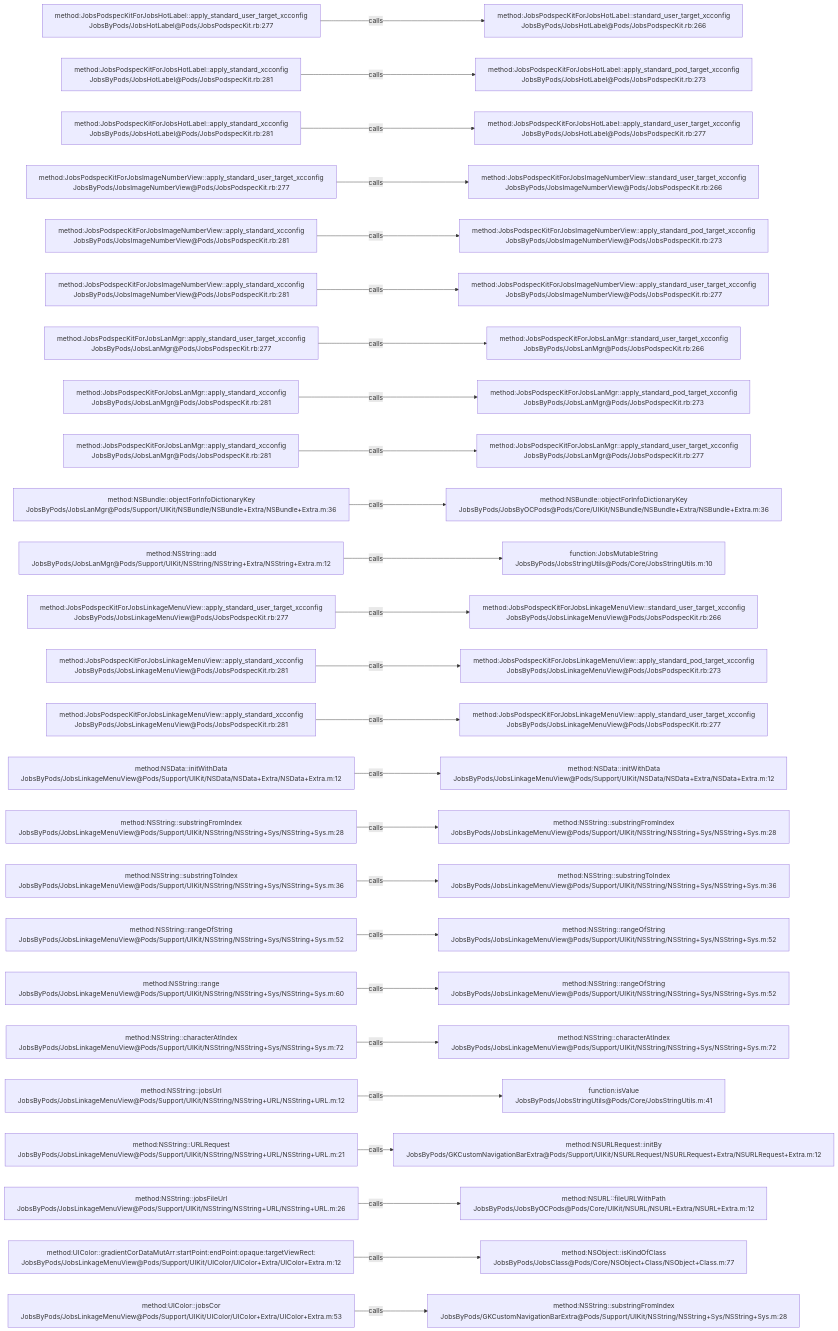
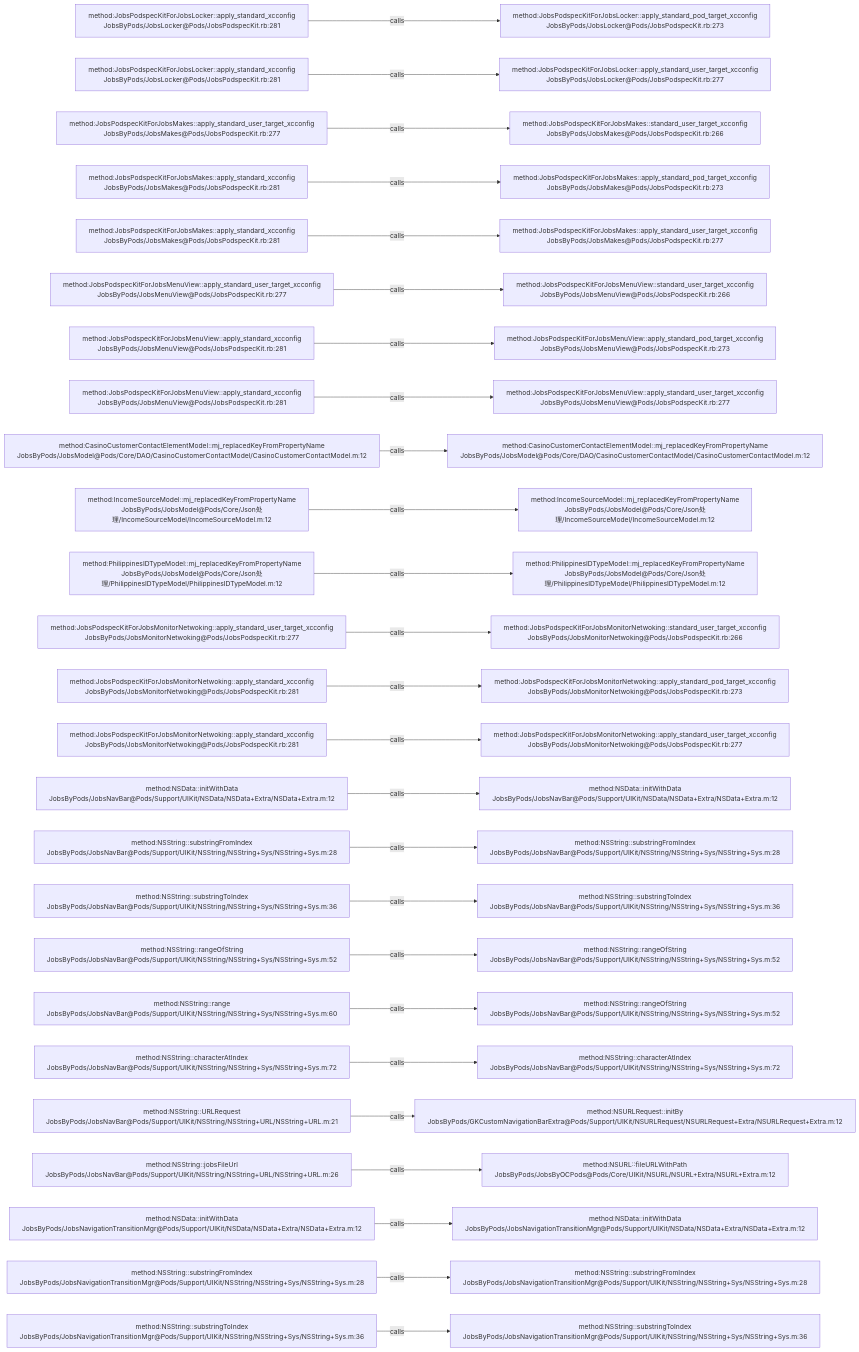
The diagram in .codegraph/codegraph.md/graphs/calls-010.md (JobsKits/JobsOCBaseConfigDemo), drawn with Mermaid before and after one commit. The commit also changed 1353 other files, not shown here.

````diff
--- a/.codegraph/codegraph.md/graphs/calls-010.md
+++ b/.codegraph/codegraph.md/graphs/calls-010.md
@@ -13,78 +13,78 @@
 ```mermaid
 flowchart LR
-  S1["method:JobsPodspecKitForJobsHotLabel::apply_standard_user_target_xcconfig<br/>JobsByPods/JobsHotLabel@Pods/JobsPodspecKit.rb:277"]
-  T1["method:JobsPodspecKitForJobsHotLabel::standard_user_target_xcconfig<br/>JobsByPods/JobsHotLabel@Pods/JobsPodspecKit.rb:266"]
+  S1["method:JobsPodspecKitForJobsLocker::apply_standard_xcconfig<br/>JobsByPods/JobsLocker@Pods/JobsPodspecKit.rb:281"]
+  T1["method:JobsPodspecKitForJobsLocker::apply_standard_pod_target_xcconfig<br/>JobsByPods/JobsLocker@Pods/JobsPodspecKit.rb:273"]
   S1 -->|calls| T1
-  S2["method:JobsPodspecKitForJobsHotLabel::apply_standard_xcconfig<br/>JobsByPods/JobsHotLabel@Pods/JobsPodspecKit.rb:281"]
-  T2["method:JobsPodspecKitForJobsHotLabel::apply_standard_pod_target_xcconfig<br/>JobsByPods/JobsHotLabel@Pods/JobsPodspecKit.rb:273"]
+  S2["method:JobsPodspecKitForJobsLocker::apply_standard_xcconfig<br/>JobsByPods/JobsLocker@Pods/JobsPodspecKit.rb:281"]
+  T2["method:JobsPodspecKitForJobsLocker::apply_standard_user_target_xcconfig<br/>JobsByPods/JobsLocker@Pods/JobsPodspecKit.rb:277"]
   S2 -->|calls| T2
-  S3["method:JobsPodspecKitForJobsHotLabel::apply_standard_xcconfig<br/>JobsByPods/JobsHotLabel@Pods/JobsPodspecKit.rb:281"]
-  T3["method:JobsPodspecKitForJobsHotLabel::apply_standard_user_target_xcconfig<br/>JobsByPods/JobsHotLabel@Pods/JobsPodspecKit.rb:277"]
+  S3["method:JobsPodspecKitForJobsMakes::apply_standard_user_target_xcconfig<br/>JobsByPods/JobsMakes@Pods/JobsPodspecKit.rb:277"]
+  T3["method:JobsPodspecKitForJobsMakes::standard_user_target_xcconfig<br/>JobsByPods/JobsMakes@Pods/JobsPodspecKit.rb:266"]
   S3 -->|calls| T3
-  S4["method:JobsPodspecKitForJobsImageNumberView::apply_standard_user_target_xcconfig<br/>JobsByPods/JobsImageNumberView@Pods/JobsPodspecKit.rb:277"]
-  T4["method:JobsPodspecKitForJobsImageNumberView::standard_user_target_xcconfig<br/>JobsByPods/JobsImageNumberView@Pods/JobsPodspecKit.rb:266"]
+  S4["method:JobsPodspecKitForJobsMakes::apply_standard_xcconfig<br/>JobsByPods/JobsMakes@Pods/JobsPodspecKit.rb:281"]
+  T4["method:JobsPodspecKitForJobsMakes::apply_standard_pod_target_xcconfig<br/>JobsByPods/JobsMakes@Pods/JobsPodspecKit.rb:273"]
   S4 -->|calls| T4
-  S5["method:JobsPodspecKitForJobsImageNumberView::apply_standard_xcconfig<br/>JobsByPods/JobsImageNumberView@Pods/JobsPodspecKit.rb:281"]
-  T5["method:JobsPodspecKitForJobsImageNumberView::apply_standard_pod_target_xcconfig<br/>JobsByPods/JobsImageNumberView@Pods/JobsPodspecKit.rb:273"]
+  S5["method:JobsPodspecKitForJobsMakes::apply_standard_xcconfig<br/>JobsByPods/JobsMakes@Pods/JobsPodspecKit.rb:281"]
+  T5["method:JobsPodspecKitForJobsMakes::apply_standard_user_target_xcconfig<br/>JobsByPods/JobsMakes@Pods/JobsPodspecKit.rb:277"]
   S5 -->|calls| T5
-  S6["method:JobsPodspecKitForJobsImageNumberView::apply_standard_xcconfig<br/>JobsByPods/JobsImageNumberView@Pods/JobsPodspecKit.rb:281"]
-  T6["method:JobsPodspecKitForJobsImageNumberView::apply_standard_user_target_xcconfig<br/>JobsByPods/JobsImageNumberView@Pods/JobsPodspecKit.rb:277"]
+  S6["method:JobsPodspecKitForJobsMenuView::apply_standard_user_target_xcconfig<br/>JobsByPods/JobsMenuView@Pods/JobsPodspecKit.rb:277"]
+  T6["method:JobsPodspecKitForJobsMenuView::standard_user_target_xcconfig<br/>JobsByPods/JobsMenuView@Pods/JobsPodspecKit.rb:266"]
   S6 -->|calls| T6
-  S7["method:JobsPodspecKitForJobsLanMgr::apply_standard_user_target_xcconfig<br/>JobsByPods/JobsLanMgr@Pods/JobsPodspecKit.rb:277"]
-  T7["method:JobsPodspecKitForJobsLanMgr::standard_user_target_xcconfig<br/>JobsByPods/JobsLanMgr@Pods/JobsPodspecKit.rb:266"]
+  S7["method:JobsPodspecKitForJobsMenuView::apply_standard_xcconfig<br/>JobsByPods/JobsMenuView@Pods/JobsPodspecKit.rb:281"]
+  T7["method:JobsPodspecKitForJobsMenuView::apply_standard_pod_target_xcconfig<br/>JobsByPods/JobsMenuView@Pods/JobsPodspecKit.rb:273"]
   S7 -->|calls| T7
-  S8["method:JobsPodspecKitForJobsLanMgr::apply_standard_xcconfig<br/>JobsByPods/JobsLanMgr@Pods/JobsPodspecKit.rb:281"]
-  T8["method:JobsPodspecKitForJobsLanMgr::apply_standard_pod_target_xcconfig<br/>JobsByPods/JobsLanMgr@Pods/JobsPodspecKit.rb:273"]
+  S8["method:JobsPodspecKitForJobsMenuView::apply_standard_xcconfig<br/>JobsByPods/JobsMenuView@Pods/JobsPodspecKit.rb:281"]
+  T8["method:JobsPodspecKitForJobsMenuView::apply_standard_user_target_xcconfig<br/>JobsByPods/JobsMenuView@Pods/JobsPodspecKit.rb:277"]
   S8 -->|calls| T8
-  S9["method:JobsPodspecKitForJobsLanMgr::apply_standard_xcconfig<br/>JobsByPods/JobsLanMgr@Pods/JobsPodspecKit.rb:281"]
-  T9["method:JobsPodspecKitForJobsLanMgr::apply_standard_user_target_xcconfig<br/>JobsByPods/JobsLanMgr@Pods/JobsPodspecKit.rb:277"]
+  S9["method:CasinoCustomerContactElementModel::mj_replacedKeyFromPropertyName<br/>JobsByPods/JobsModel@Pods/Core/DAO/CasinoCustomerContactModel/CasinoCustomerContactModel.m:12"]
+  T9["method:CasinoCustomerContactElementModel::mj_replacedKeyFromPropertyName<br/>JobsByPods/JobsModel@Pods/Core/DAO/CasinoCustomerContactModel/CasinoCustomerContactModel.m:12"]
   S9 -->|calls| T9
-  S10["method:NSBundle::objectForInfoDictionaryKey<br/>JobsByPods/JobsLanMgr@Pods/Support/UIKit/NSBundle/NSBundle+Extra/NSBundle+Extra.m:36"]
-  T10["method:NSBundle::objectForInfoDictionaryKey<br/>JobsByPods/JobsByOCPods@Pods/Core/UIKit/NSBundle/NSBundle+Extra/NSBundle+Extra.m:36"]
+  S10["method:IncomeSourceModel::mj_replacedKeyFromPropertyName<br/>JobsByPods/JobsModel@Pods/Core/Json处理/IncomeSourceModel/IncomeSourceModel.m:12"]
+  T10["method:IncomeSourceModel::mj_replacedKeyFromPropertyName<br/>JobsByPods/JobsModel@Pods/Core/Json处理/IncomeSourceModel/IncomeSourceModel.m:12"]
   S10 -->|calls| T10
-  S11["method:NSString::add<br/>JobsByPods/JobsLanMgr@Pods/Support/UIKit/NSString/NSString+Extra/NSString+Extra.m:12"]
-  T11["function:JobsMutableString<br/>JobsByPods/JobsStringUtils@Pods/Core/JobsStringUtils.m:10"]
+  S11["method:PhilippinesIDTypeModel::mj_replacedKeyFromPropertyName<br/>JobsByPods/JobsModel@Pods/Core/Json处理/PhilippinesIDTypeModel/PhilippinesIDTypeModel.m:12"]
+  T11["method:PhilippinesIDTypeModel::mj_replacedKeyFromPropertyName<br/>JobsByPods/JobsModel@Pods/Core/Json处理/PhilippinesIDTypeModel/PhilippinesIDTypeModel.m:12"]
   S11 -->|calls| T11
-  S12["method:JobsPodspecKitForJobsLinkageMenuView::apply_standard_user_target_xcconfig<br/>JobsByPods/JobsLinkageMenuView@Pods/JobsPodspecKit.rb:277"]
-  T12["method:JobsPodspecKitForJobsLinkageMenuView::standard_user_target_xcconfig<br/>JobsByPods/JobsLinkageMenuView@Pods/JobsPodspecKit.rb:266"]
+  S12["method:JobsPodspecKitForJobsMonitorNetwoking::apply_standard_user_target_xcconfig<br/>JobsByPods/JobsMonitorNetwoking@Pods/JobsPodspecKit.rb:277"]
+  T12["method:JobsPodspecKitForJobsMonitorNetwoking::standard_user_target_xcconfig<br/>JobsByPods/JobsMonitorNetwoking@Pods/JobsPodspecKit.rb:266"]
   S12 -->|calls| T12
-  S13["method:JobsPodspecKitForJobsLinkageMenuView::apply_standard_xcconfig<br/>JobsByPods/JobsLinkageMenuView@Pods/JobsPodspecKit.rb:281"]
-  T13["method:JobsPodspecKitForJobsLinkageMenuView::apply_standard_pod_target_xcconfig<br/>JobsByPods/JobsLinkageMenuView@Pods/JobsPodspecKit.rb:273"]
+  S13["method:JobsPodspecKitForJobsMonitorNetwoking::apply_standard_xcconfig<br/>JobsByPods/JobsMonitorNetwoking@Pods/JobsPodspecKit.rb:281"]
+  T13["method:JobsPodspecKitForJobsMonitorNetwoking::apply_standard_pod_target_xcconfig<br/>JobsByPods/JobsMonitorNetwoking@Pods/JobsPodspecKit.rb:273"]
   S13 -->|calls| T13
-  S14["method:JobsPodspecKitForJobsLinkageMenuView::apply_standard_xcconfig<br/>JobsByPods/JobsLinkageMenuView@Pods/JobsPodspecKit.rb:281"]
-  T14["method:JobsPodspecKitForJobsLinkageMenuView::apply_standard_user_target_xcconfig<br/>JobsByPods/JobsLinkageMenuView@Pods/JobsPodspecKit.rb:277"]
+  S14["method:JobsPodspecKitForJobsMonitorNetwoking::apply_standard_xcconfig<br/>JobsByPods/JobsMonitorNetwoking@Pods/JobsPodspecKit.rb:281"]
+  T14["method:JobsPodspecKitForJobsMonitorNetwoking::apply_standard_user_target_xcconfig<br/>JobsByPods/JobsMonitorNetwoking@Pods/JobsPodspecKit.rb:277"]
   S14 -->|calls| T14
-  S15["method:NSData::initWithData<br/>JobsByPods/JobsLinkageMenuView@Pods/Support/UIKit/NSData/NSData+Extra/NSData+Extra.m:12"]
-  T15["method:NSData::initWithData<br/>JobsByPods/JobsLinkageMenuView@Pods/Support/UIKit/NSData/NSData+Extra/NSData+Extra.m:12"]
+  S15["method:NSData::initWithData<br/>JobsByPods/JobsNavBar@Pods/Support/UIKit/NSData/NSData+Extra/NSData+Extra.m:12"]
+  T15["method:NSData::initWithData<br/>JobsByPods/JobsNavBar@Pods/Support/UIKit/NSData/NSData+Extra/NSData+Extra.m:12"]
   S15 -->|calls| T15
-  S16["method:NSString::substringFromIndex<br/>JobsByPods/JobsLinkageMenuView@Pods/Support/UIKit/NSString/NSString+Sys/NSString+Sys.m:28"]
-  T16["method:NSString::substringFromIndex<br/>JobsByPods/JobsLinkageMenuView@Pods/Support/UIKit/NSString/NSString+Sys/NSString+Sys.m:28"]
+  S16["method:NSString::substringFromIndex<br/>JobsByPods/JobsNavBar@Pods/Support/UIKit/NSString/NSString+Sys/NSString+Sys.m:28"]
+  T16["method:NSString::substringFromIndex<br/>JobsByPods/JobsNavBar@Pods/Support/UIKit/NSString/NSString+Sys/NSString+Sys.m:28"]
   S16 -->|calls| T16
-  S17["method:NSString::substringToIndex<br/>JobsByPods/JobsLinkageMenuView@Pods/Support/UIKit/NSString/NSString+Sys/NSString+Sys.m:36"]
-  T17["method:NSString::substringToIndex<br/>JobsByPods/JobsLinkageMenuView@Pods/Support/UIKit/NSString/NSString+Sys/NSString+Sys.m:36"]
+  S17["method:NSString::substringToIndex<br/>JobsByPods/JobsNavBar@Pods/Support/UIKit/NSString/NSString+Sys/NSString+Sys.m:36"]
+  T17["method:NSString::substringToIndex<br/>JobsByPods/JobsNavBar@Pods/Support/UIKit/NSString/NSString+Sys/NSString+Sys.m:36"]
   S17 -->|calls| T17
-  S18["method:NSString::rangeOfString<br/>JobsByPods/JobsLinkageMenuView@Pods/Support/UIKit/NSString/NSString+Sys/NSString+Sys.m:52"]
-  T18["method:NSString::rangeOfString<br/>JobsByPods/JobsLinkageMenuView@Pods/Support/UIKit/NSString/NSString+Sys/NSString+Sys.m:52"]
+  S18["method:NSString::rangeOfString<br/>JobsByPods/JobsNavBar@Pods/Support/UIKit/NSString/NSString+Sys/NSString+Sys.m:52"]
+  T18["method:NSString::rangeOfString<br/>JobsByPods/JobsNavBar@Pods/Support/UIKit/NSString/NSString+Sys/NSString+Sys.m:52"]
   S18 -->|calls| T18
-  S19["method:NSString::range<br/>JobsByPods/JobsLinkageMenuView@Pods/Support/UIKit/NSString/NSString+Sys/NSString+Sys.m:60"]
-  T19["method:NSString::rangeOfString<br/>JobsByPods/JobsLinkageMenuView@Pods/Support/UIKit/NSString/NSString+Sys/NSString+Sys.m:52"]
+  S19["method:NSString::range<br/>JobsByPods/JobsNavBar@Pods/Support/UIKit/NSString/NSString+Sys/NSString+Sys.m:60"]
+  T19["method:NSString::rangeOfString<br/>JobsByPods/JobsNavBar@Pods/Support/UIKit/NSString/NSString+Sys/NSString+Sys.m:52"]
   S19 -->|calls| T19
-  S20["method:NSString::characterAtIndex<br/>JobsByPods/JobsLinkageMenuView@Pods/Support/UIKit/NSString/NSString+Sys/NSString+Sys.m:72"]
-  T20["method:NSString::characterAtIndex<br/>JobsByPods/JobsLinkageMenuView@Pods/Support/UIKit/NSString/NSString+Sys/NSString+Sys.m:72"]
+  S20["method:NSString::characterAtIndex<br/>JobsByPods/JobsNavBar@Pods/Support/UIKit/NSString/NSString+Sys/NSString+Sys.m:72"]
+  T20["method:NSString::characterAtIndex<br/>JobsByPods/JobsNavBar@Pods/Support/UIKit/NSString/NSString+Sys/NSString+Sys.m:72"]
   S20 -->|calls| T20
-  S21["method:NSString::jobsUrl<br/>JobsByPods/JobsLinkageMenuView@Pods/Support/UIKit/NSString/NSString+URL/NSString+URL.m:12"]
-  T21["function:isValue<br/>JobsByPods/JobsStringUtils@Pods/Core/JobsStringUtils.m:41"]
+  S21["method:NSString::URLRequest<br/>JobsByPods/JobsNavBar@Pods/Support/UIKit/NSString/NSString+URL/NSString+URL.m:21"]
+  T21["method:NSURLRequest::initBy<br/>JobsByPods/GKCustomNavigationBarExtra@Pods/Support/UIKit/NSURLRequest/NSURLRequest+Extra/NSURLRequest+Extra.m:12"]
   S21 -->|calls| T21
-  S22["method:NSString::URLRequest<br/>JobsByPods/JobsLinkageMenuView@Pods/Support/UIKit/NSString/NSString+URL/NSString+URL.m:21"]
-  T22["method:NSURLRequest::initBy<br/>JobsByPods/GKCustomNavigationBarExtra@Pods/Support/UIKit/NSURLRequest/NSURLRequest+Extra/NSURLRequest+Extra.m:12"]
+  S22["method:NSString::jobsFileUrl<br/>JobsByPods/JobsNavBar@Pods/Support/UIKit/NSString/NSString+URL/NSString+URL.m:26"]
+  T22["method:NSURL::fileURLWithPath<br/>JobsByPods/JobsByOCPods@Pods/Core/UIKit/NSURL/NSURL+Extra/NSURL+Extra.m:12"]
   S22 -->|calls| T22
-  S23["method:NSString::jobsFileUrl<br/>JobsByPods/JobsLinkageMenuView@Pods/Support/UIKit/NSString/NSString+URL/NSString+URL.m:26"]
-  T23["method:NSURL::fileURLWithPath<br/>JobsByPods/JobsByOCPods@Pods/Core/UIKit/NSURL/NSURL+Extra/NSURL+Extra.m:12"]
+  S23["method:NSData::initWithData<br/>JobsByPods/JobsNavigationTransitionMgr@Pods/Support/UIKit/NSData/NSData+Extra/NSData+Extra.m:12"]
+  T23["method:NSData::initWithData<br/>JobsByPods/JobsNavigationTransitionMgr@Pods/Support/UIKit/NSData/NSData+Extra/NSData+Extra.m:12"]
   S23 -->|calls| T23
-  S24["method:UIColor::gradientCorDataMutArr:startPoint:endPoint:opaque:targetViewRect:<br/>JobsByPods/JobsLinkageMenuView@Pods/Support/UIKit/UIColor/UIColor+Extra/UIColor+Extra.m:12"]
-  T24["method:NSObject::isKindOfClass<br/>JobsByPods/JobsClass@Pods/Core/NSObject+Class/NSObject+Class.m:77"]
+  S24["method:NSString::substringFromIndex<br/>JobsByPods/JobsNavigationTransitionMgr@Pods/Support/UIKit/NSString/NSString+Sys/NSString+Sys.m:28"]
+  T24["method:NSString::substringFromIndex<br/>JobsByPods/JobsNavigationTransitionMgr@Pods/Support/UIKit/NSString/NSString+Sys/NSString+Sys.m:28"]
   S24 -->|calls| T24
-  S25["method:UIColor::jobsCor<br/>JobsByPods/JobsLinkageMenuView@Pods/Support/UIKit/UIColor/UIColor+Extra/UIColor+Extra.m:53"]
-  T25["method:NSString::substringFromIndex<br/>JobsByPods/GKCustomNavigationBarExtra@Pods/Support/UIKit/NSString/NSString+Sys/NSString+Sys.m:28"]
+  S25["method:NSString::substringToIndex<br/>JobsByPods/JobsNavigationTransitionMgr@Pods/Support/UIKit/NSString/NSString+Sys/NSString+Sys.m:36"]
+  T25["method:NSString::substringToIndex<br/>JobsByPods/JobsNavigationTransitionMgr@Pods/Support/UIKit/NSString/NSString+Sys/NSString+Sys.m:36"]
   S25 -->|calls| T25
 ```
````
